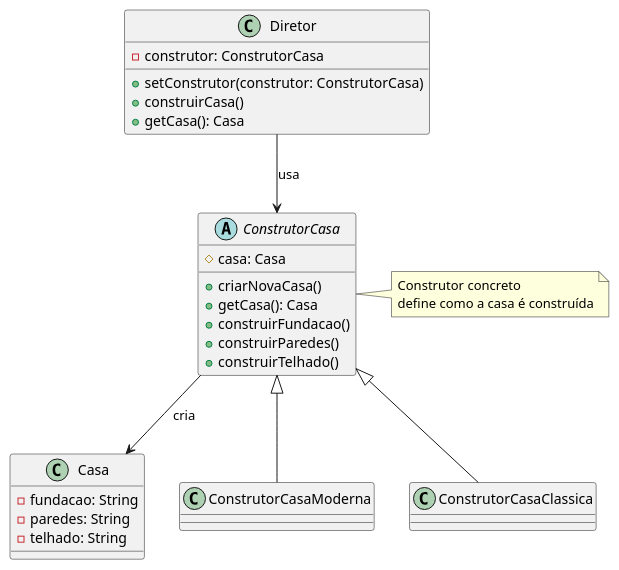
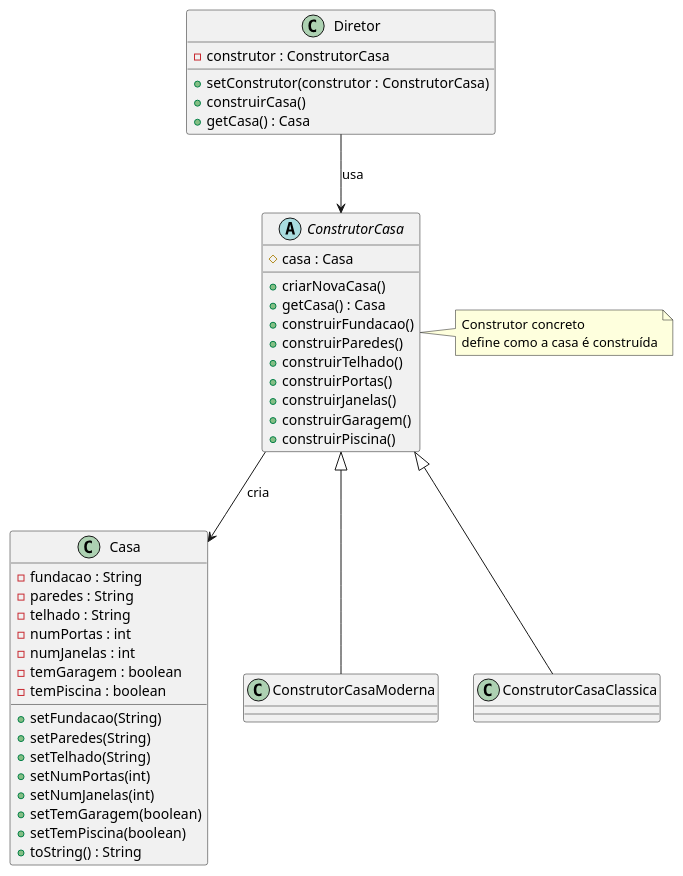
Before and after one commit to 20242-ifba-saj-ads-ppr/seminario-ppr-criacional-builder: the fourth of 4 diagrams in README.md, drawn with PlantUML. The commit also changed other lines of this file and 11 other files, not shown here.

```diff
--- a/README.md
+++ b/README.md
@@ -190,34 +314,50 @@
 @startuml
 class Casa {
-  - fundacao: String
-  - paredes: String
-  - telhado: String
+  - fundacao : String
+  - paredes : String
+  - telhado : String
+  - numPortas : int
+  - numJanelas : int
+  - temGaragem : boolean
+  - temPiscina : boolean
+  + setFundacao(String)
+  + setParedes(String)
+  + setTelhado(String)
+  + setNumPortas(int)
+  + setNumJanelas(int)
+  + setTemGaragem(boolean)
+  + setTemPiscina(boolean)
+  + toString() : String
 }
 
 abstract class ConstrutorCasa {
-  # casa: Casa
+  # casa : Casa
   + criarNovaCasa()
-  + getCasa(): Casa
+  + getCasa() : Casa
   + construirFundacao()
   + construirParedes()
   + construirTelhado()
+  + construirPortas()
+  + construirJanelas()
+  + construirGaragem()
+  + construirPiscina()
 }
 
 class ConstrutorCasaModerna extends ConstrutorCasa
 class ConstrutorCasaClassica extends ConstrutorCasa
 
 class Diretor {
-  - construtor: ConstrutorCasa
-  + setConstrutor(construtor: ConstrutorCasa)
+  - construtor : ConstrutorCasa
+  + setConstrutor(construtor : ConstrutorCasa)
   + construirCasa()
-  + getCasa(): Casa
+  + getCasa() : Casa
 }
 
 Diretor --> ConstrutorCasa : usa
 ConstrutorCasa --> Casa : cria
 
 note right of ConstrutorCasa
   Construtor concreto
   define como a casa é construída
 end note
 @enduml
```
